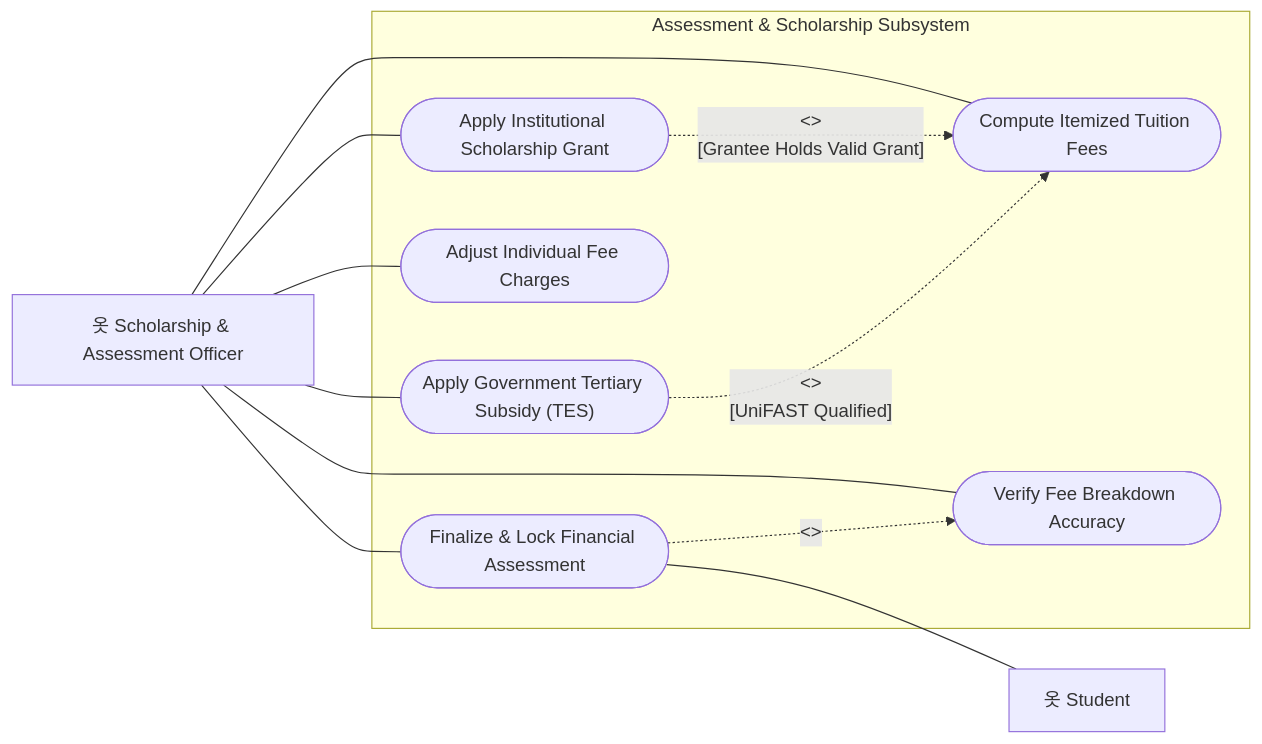
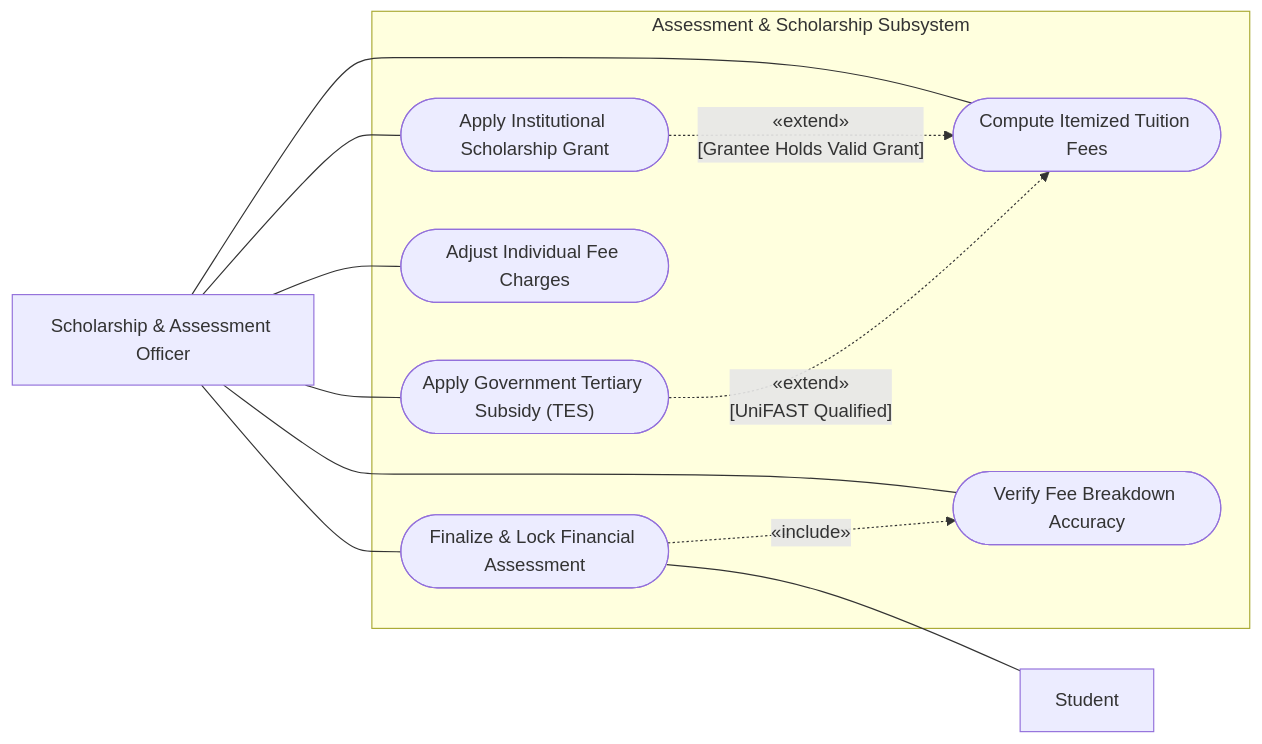
One commit to kirbygeagonia-create/EnrollmentManagementSystem changed the ninth of 17 diagrams in Documentation/Use-Case-Diagram-Guide.md. Above: the diagram before and after it, drawn with Mermaid. The commit also changed other lines of this file and 51 other files, not shown here.

````diff
--- a/Documentation/Use-Case-Diagram-Guide.md
+++ b/Documentation/Use-Case-Diagram-Guide.md
@@ -448,26 +450,26 @@
 ```mermaid
 flowchart LR
-    A_Sch["옷 Scholarship & Assessment Officer"]
-    A_Stud["옷 Student"]
+    A_Sch["Scholarship & Assessment Officer"]
+    A_Stud["Student"]
 
     subgraph SYSTEM ["Assessment & Scholarship Subsystem"]
         UC_AS01(["Compute Itemized Tuition Fees"])
         UC_AS02(["Apply Institutional Scholarship Grant"])
         UC_AS03(["Apply Government Tertiary Subsidy (TES)"])
         UC_AS04(["Adjust Individual Fee Charges"])
         UC_AS05(["Verify Fee Breakdown Accuracy"])
         UC_AS06(["Finalize & Lock Financial Assessment"])
     end
 
     A_Sch --- UC_AS01
     A_Sch --- UC_AS02
     A_Sch --- UC_AS03
     A_Sch --- UC_AS04
     A_Sch --- UC_AS05
     A_Sch --- UC_AS06
 
-    UC_AS02 -.->|"<<extend>>\n[Grantee Holds Valid Grant]"| UC_AS01
-    UC_AS03 -.->|"<<extend>>\n[UniFAST Qualified]"| UC_AS01
-    UC_AS06 -.->|"<<include>>"| UC_AS05
+    UC_AS02 -.->|"«extend»\n[Grantee Holds Valid Grant]"| UC_AS01
+    UC_AS03 -.->|"«extend»\n[UniFAST Qualified]"| UC_AS01
+    UC_AS06 -.->|"«include»"| UC_AS05
     UC_AS06 --- A_Stud
 ```
````
